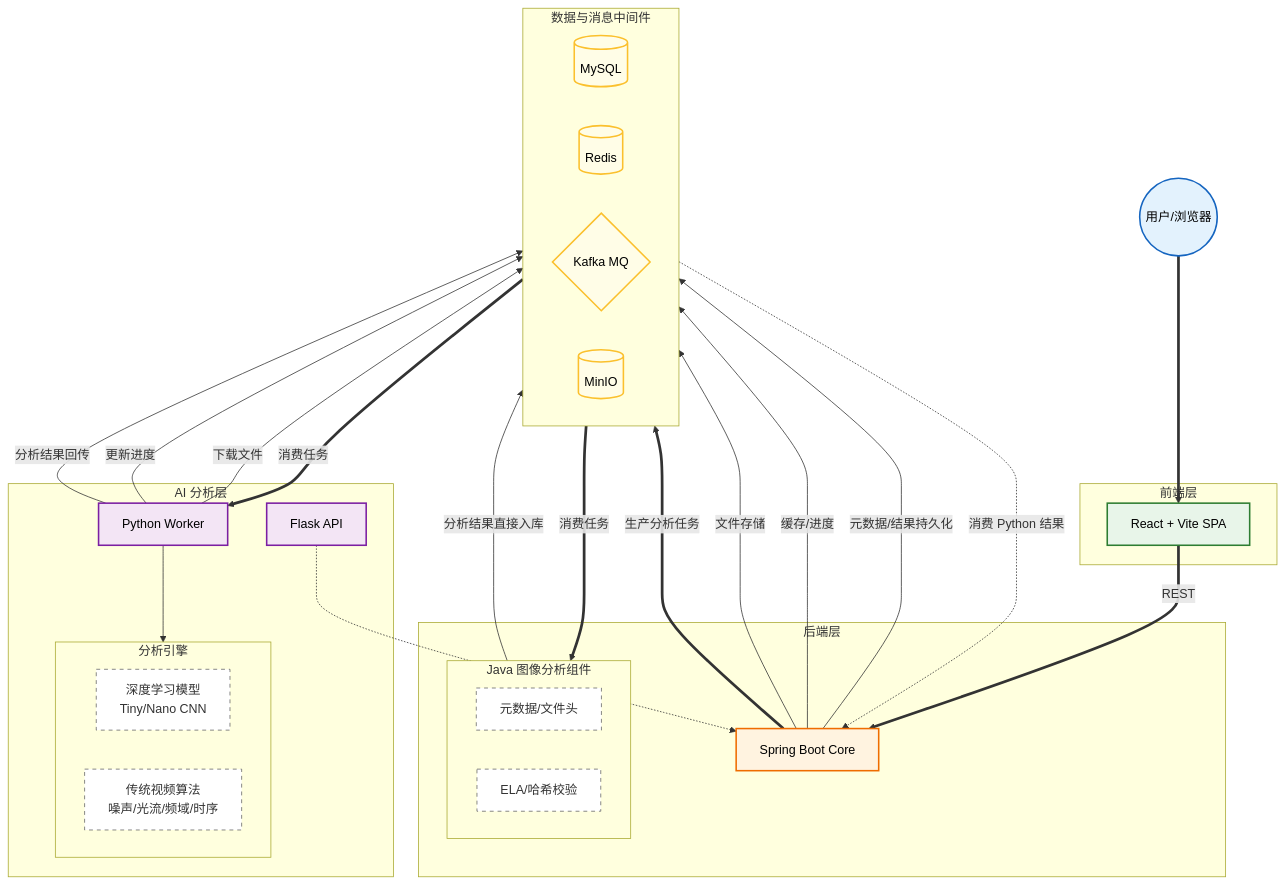
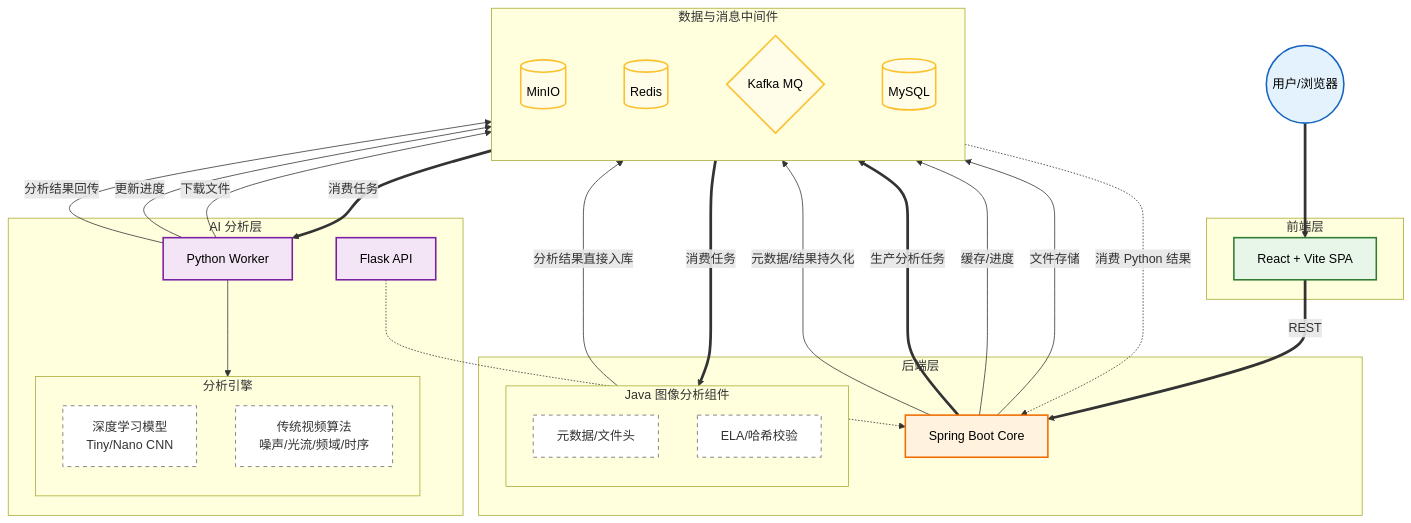
The diagram in README.md (LiWinston/DeepFake_Forensic), drawn with Mermaid before and after one commit.

````diff
--- a/README.md
+++ b/README.md
@@ -35,72 +35,79 @@
 ```mermaid
 graph TD
     %% 样式配置
     classDef actor fill:#e3f2fd,stroke:#1565c0,stroke-width:2px,color:#000
     classDef frontend fill:#e8f5e9,stroke:#2e7d32,stroke-width:2px,color:#000
     classDef backend fill:#fff3e0,stroke:#ef6c00,stroke-width:2px,color:#000
     classDef ai fill:#f3e5f5,stroke:#7b1fa2,stroke-width:2px,color:#000
     classDef data fill:#fffde7,stroke:#fbc02d,stroke-width:2px,color:#000
     classDef subcomponent fill:#ffffff,stroke:#666,stroke-dasharray: 5 5,color:#333
 
     User((用户/浏览器)):::actor
 
     subgraph Frontend_Layer [前端层]
         ReactApp[React + Vite SPA]:::frontend
     end
 
     subgraph Backend_Layer [后端层]
         SpringBoot[Spring Boot Core]:::backend
         
         subgraph Java_Analysis [Java 图像分析组件]
-            direction LR
+            direction TB
             J_Meta[元数据/文件头]:::subcomponent
             J_ELA[ELA/哈希校验]:::subcomponent
         end
     end
 
     subgraph Data_Layer [数据与消息中间件]
         direction LR
-        MySQL[(MySQL)]:::data
+        MinIO[(MinIO)]:::data
         Redis[(Redis)]:::data
         Kafka{Kafka MQ}:::data
-        MinIO[(MinIO)]:::data
+        MySQL[(MySQL)]:::data
     end
 
     subgraph AI_Layer [AI 分析层]
         PyWorker[Python Worker]:::ai
         PyAPI[Flask API]:::ai
         
         subgraph Models [分析引擎]
-            direction LR
+            direction TB
             AI_DL[深度学习模型<br/>Tiny/Nano CNN]:::subcomponent
             AI_Trad[传统视频算法<br/>噪声/光流/频域/时序]:::subcomponent
         end
     end
 
+    %% 布局辅助 (强制顺序: 左->右)
+    MinIO ~~~ Redis ~~~ Kafka ~~~ MySQL
+    
+    %% 垂直对齐辅助
+    PyWorker ~~~ MinIO
+    Java_Analysis ~~~ MySQL
+
     %% 交互流
     User ==> ReactApp
     ReactApp ==>|REST| SpringBoot
     
-    %% 核心数据流
+    %% Spring Boot -> Data Layer
+    SpringBoot -->|文件存储| MinIO
+    SpringBoot -->|缓存/进度| Redis
+    SpringBoot ==>|生产分析任务| Kafka
     SpringBoot -->|元数据/结果持久化| MySQL
-    SpringBoot -->|缓存/进度| Redis
-    SpringBoot -->|文件存储| MinIO
-    SpringBoot ==>|生产分析任务| Kafka
     
-    %% Java 内部异步流 (修正: 明确消费与入库)
+    %% Java Analysis (右侧流)
     Kafka ==>|消费任务| Java_Analysis
     Java_Analysis -->|分析结果直接入库| MySQL
     
-    %% Python 异步流 (修正: 明确结果回传路径)
+    %% Python Worker (左侧流)
     Kafka ==>|消费任务| PyWorker
     PyWorker -->|下载文件| MinIO
-    PyWorker --> Models
     PyWorker -->|更新进度| Redis
     PyWorker -->|分析结果回传| Kafka
+    PyWorker --> Models
     
     %% 结果回收
     Kafka -.->|消费 Python 结果| SpringBoot
     
     %% 辅助连接
     PyAPI -.-> SpringBoot
 ```
````
